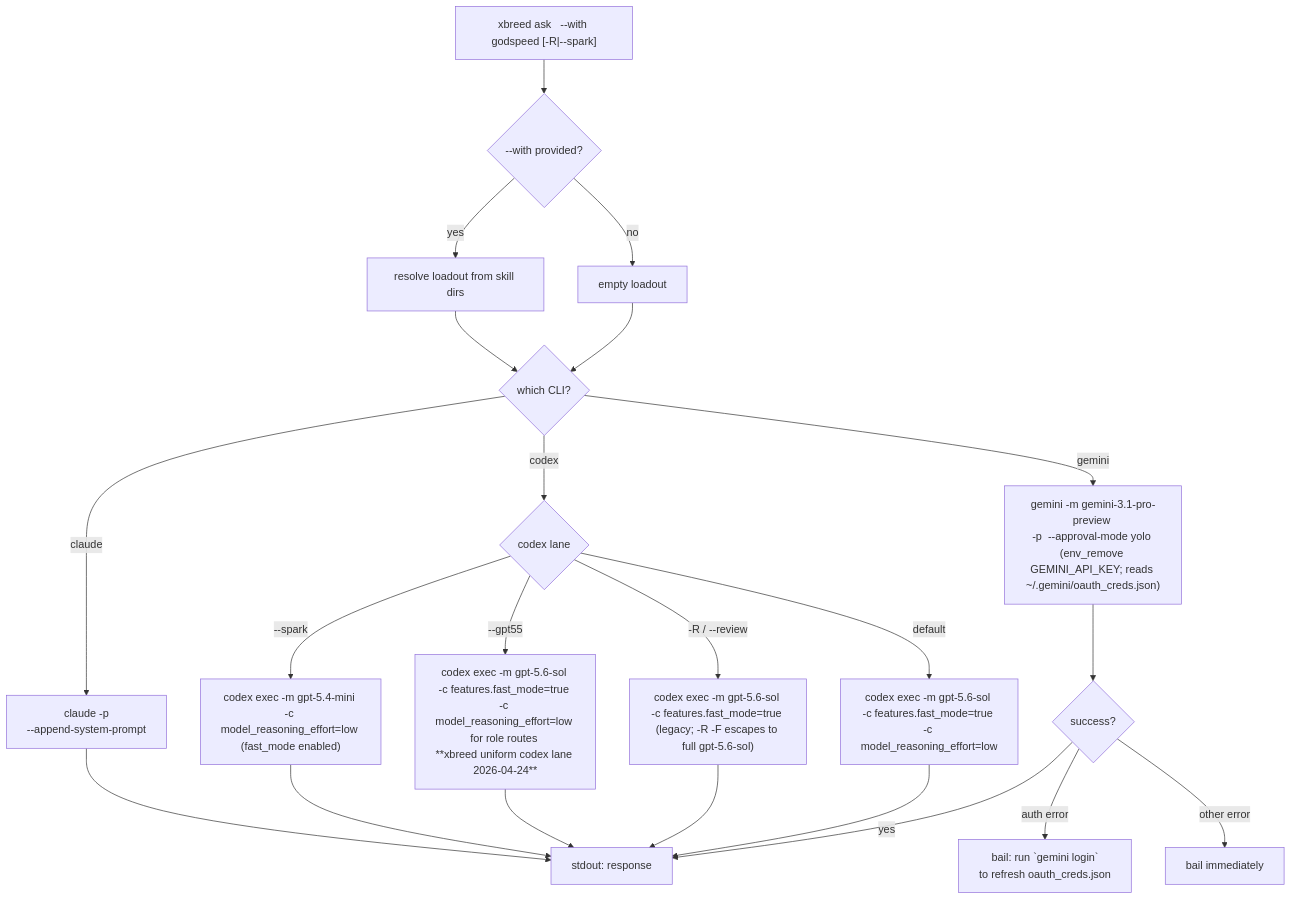
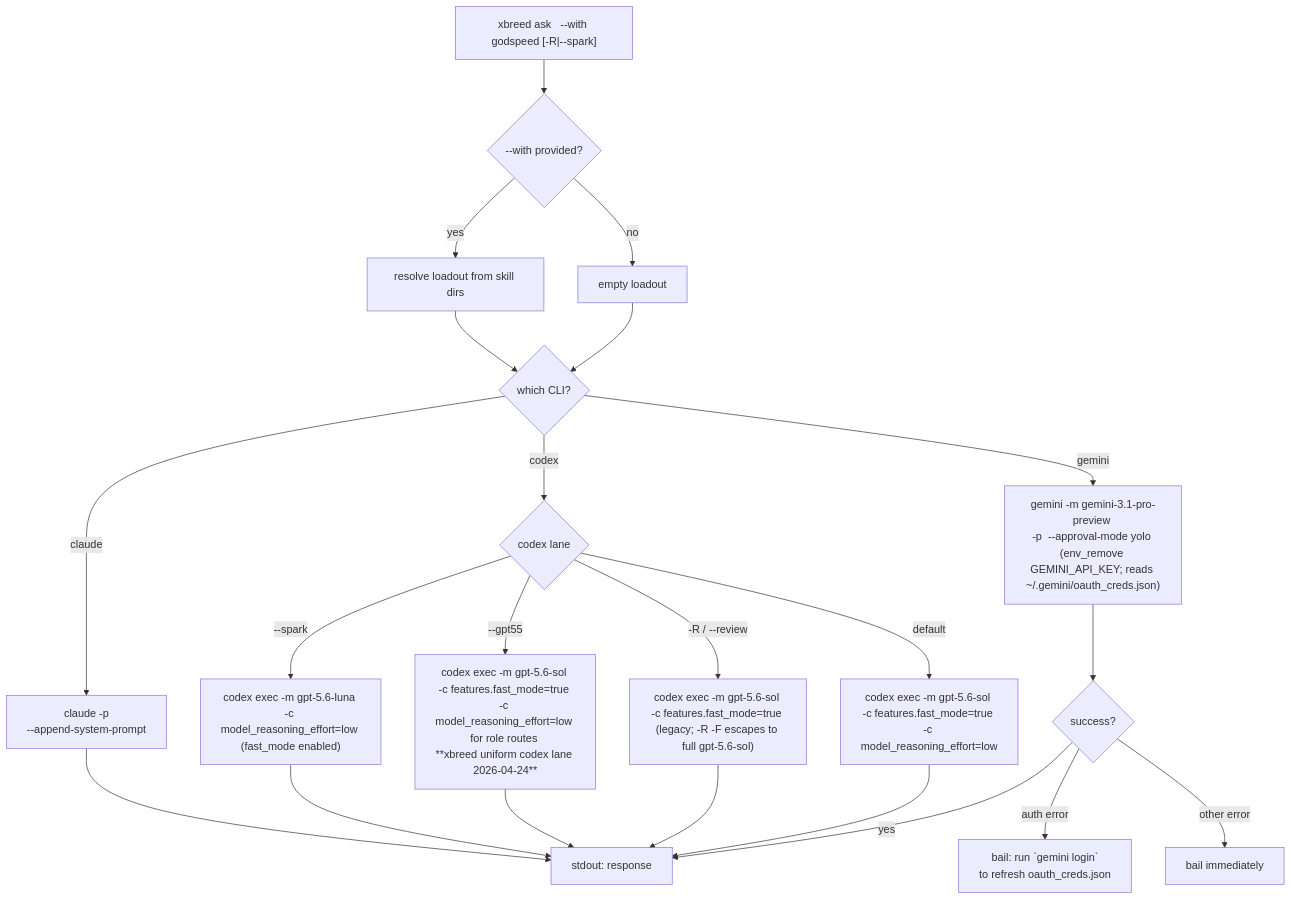
One commit to VeigaPunk/ds4cc-marketplace changed the fourth of 11 diagrams in marketplace/plugins/xbrd-gdsp-fknpft/docs/command-flows.md. Above: the diagram before and after it, drawn with Mermaid. The commit also changed other lines of this file and 21 other files, not shown here.

Commit message:
xbrd: route spark lane to gpt-5.6-luna

````diff
--- a/marketplace/plugins/xbrd-gdsp-fknpft/docs/command-flows.md
+++ b/marketplace/plugins/xbrd-gdsp-fknpft/docs/command-flows.md
@@ -84,29 +84,29 @@
 ```mermaid
 flowchart TD
     A["xbreed ask <cli> <prompt> --with godspeed [-R|--spark]"]
     A --> B{--with provided?}
     B -->|yes| C[resolve loadout from skill dirs]
     B -->|no| D[empty loadout]
     C --> E{which CLI?}
     D --> E
 
     E -->|claude| F["claude -p <prompt> \n--append-system-prompt <loadout>"]
     E -->|codex| Cdx{codex lane}
     E -->|gemini| H["gemini -m gemini-3.1-pro-preview \n-p <prompt> --approval-mode yolo \n(env_remove GEMINI_API_KEY; reads ~/.gemini/oauth_creds.json)"]
 
-    Cdx -->|--spark| Csp["codex exec -m gpt-5.4-mini \n-c model_reasoning_effort=low \n(fast_mode enabled)"]
+    Cdx -->|--spark| Csp["codex exec -m gpt-5.6-luna \n-c model_reasoning_effort=low \n(fast_mode enabled)"]
     Cdx -->|--gpt55| Cg5["codex exec -m gpt-5.6-sol \n-c features.fast_mode=true \n-c model_reasoning_effort=low for role routes \n**xbreed uniform codex lane 2026-04-24**"]
     Cdx -->|"-R / --review"| Crv["codex exec -m gpt-5.6-sol \n-c features.fast_mode=true \n(legacy; -R -F escapes to full gpt-5.6-sol)"]
     Cdx -->|default| Cdf["codex exec -m gpt-5.6-sol \n-c features.fast_mode=true \n-c model_reasoning_effort=low"]
 
     H --> Ha{success?}
     Ha -->|yes| P[stdout: response]
     Ha -->|auth error| Hae["bail: run `gemini login` \nto refresh oauth_creds.json"]
     Ha -->|other error| R[bail immediately]
 
     F --> P
     Csp --> P
     Cg5 --> P
     Crv --> P
     Cdf --> P
 ```
````
